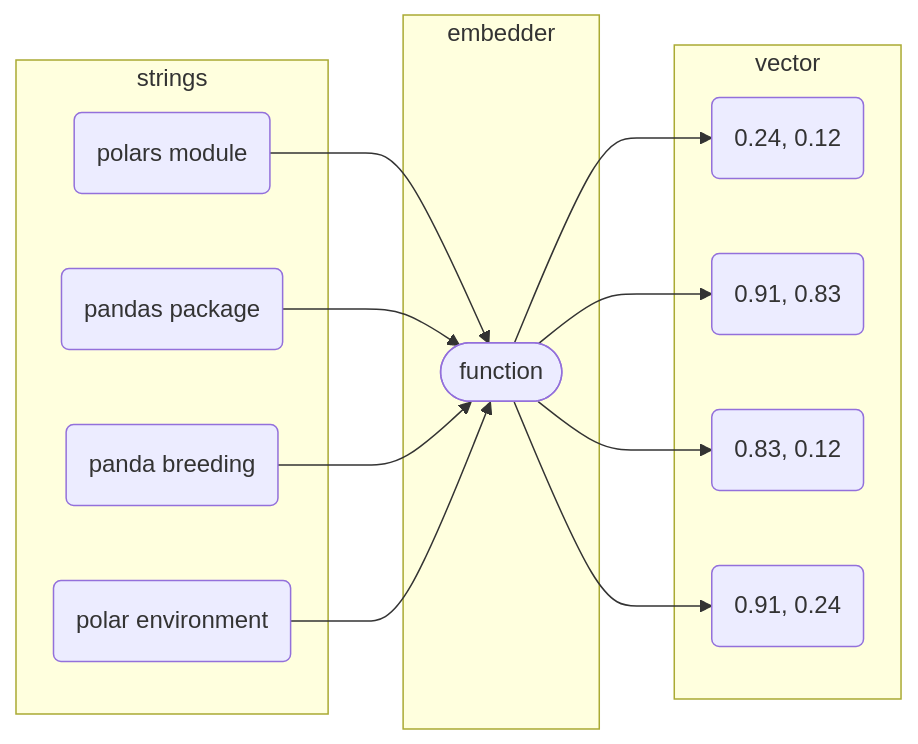
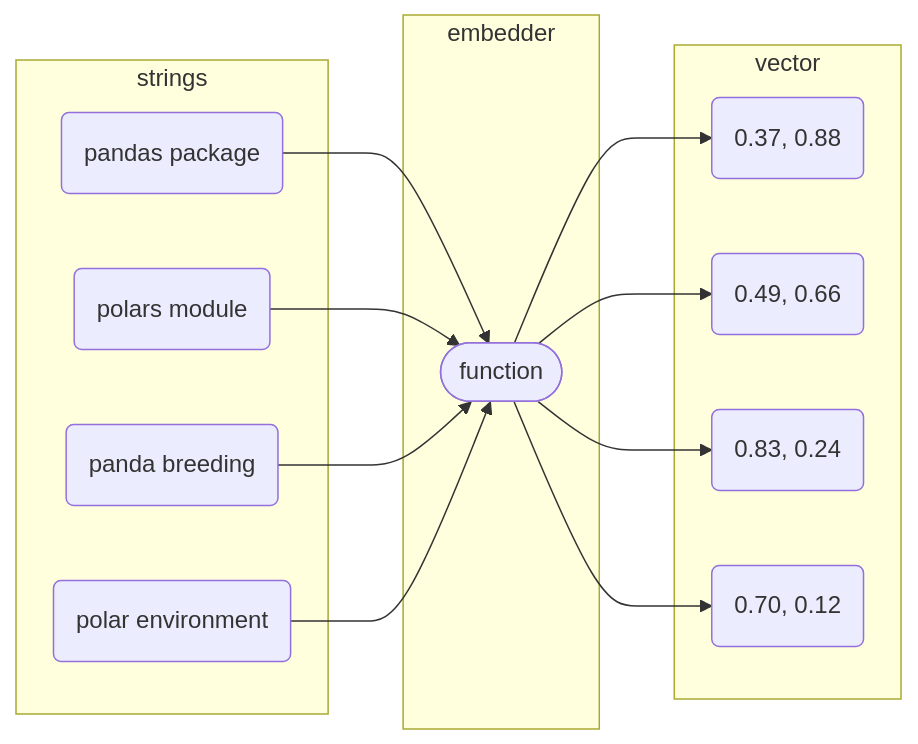
Before and after one commit to DaveParr/starpilot-presentation: the first of 3 diagrams in presentation.qmd, drawn with Mermaid. The commit also changed other lines of this file, not shown here.

````diff
--- a/presentation.qmd
+++ b/presentation.qmd
@@ -292,31 +292,31 @@
 ```{mermaid label="embedding diagram"}
 flowchart LR
 
 subgraph strings
+pp("pandas package")
 pm("polars module")
-pp("pandas package")
 pb("panda breeding")
 pe("polar environment")
 end
 
 subgraph embedder
 embed([function])
 
+pp --> embed
 pm --> embed
-pp --> embed
 pb --> embed
 pe --> embed
 end
 
 subgraph vector
-pmv("0.24, 0.12")
-ppv("0.91, 0.83")
-pbv("0.83, 0.12")
-pev("0.91, 0.24")
+ppv("0.37, 0.88")
+pmv("0.49, 0.66")
+pbv("0.83, 0.24")
+pev("0.70, 0.12")
 
+embed --> ppv
 embed --> pmv
-embed --> ppv
 embed --> pbv
 embed --> pev
 end
 ```
````
